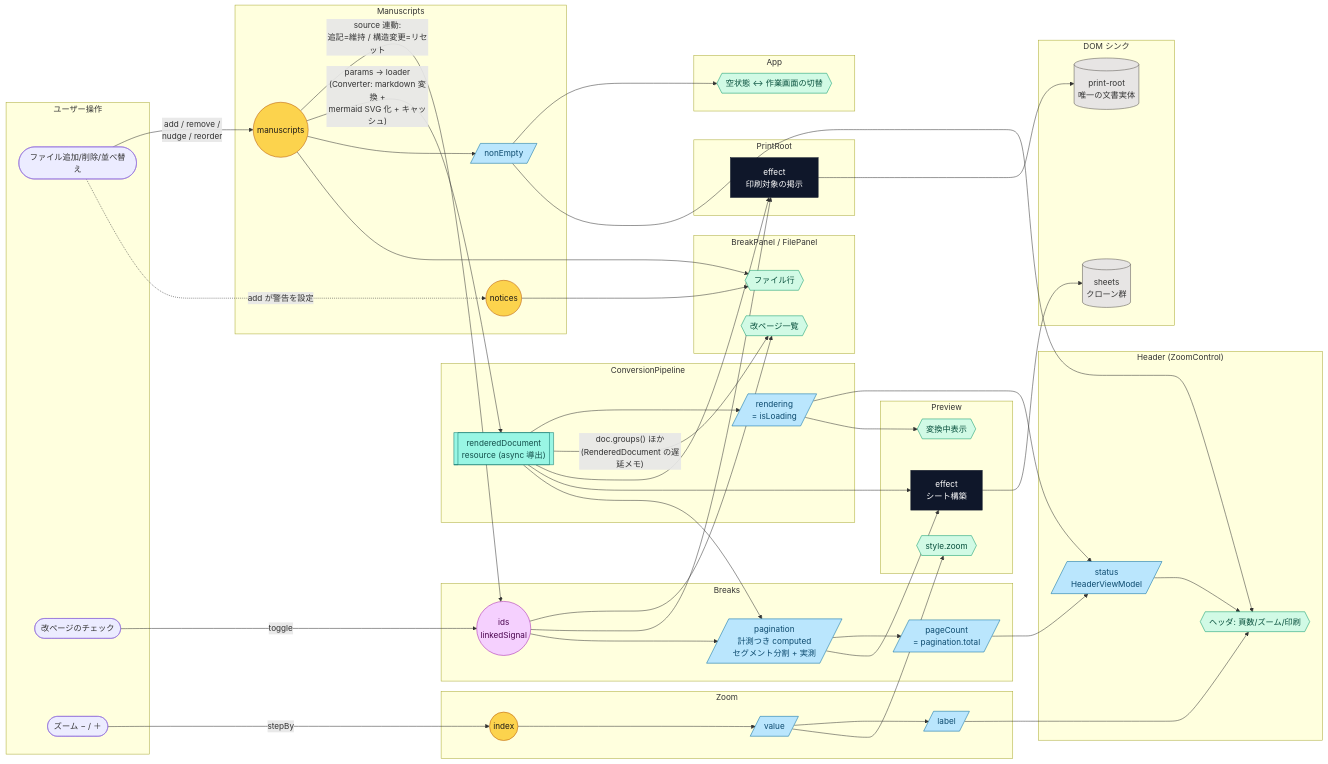
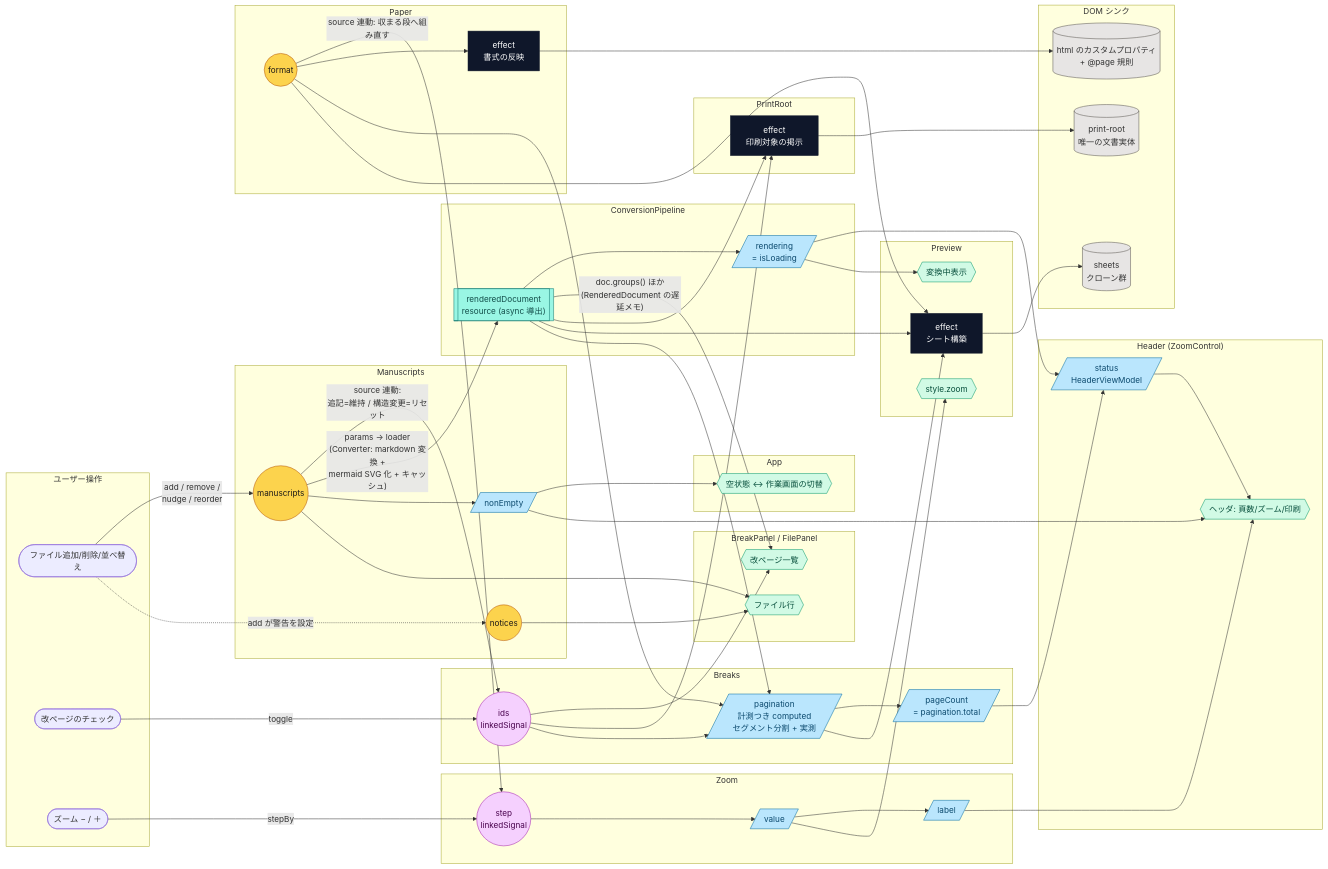
The diagram in docs/signal-graph.md (lacolaco/printmd), drawn with Mermaid before and after one commit. The commit also changed other lines of this file and 15 other files, not shown here.

````diff
--- a/docs/signal-graph.md
+++ b/docs/signal-graph.md
@@ -34,8 +37,13 @@
     S3[/rendering<br/>= isLoading/]
   end
 
+  subgraph PaperS["Paper"]
+    S6((format))
+    AE2[effect<br/>書式の反映]
+  end
+
   subgraph ZoomS["Zoom"]
-    V1((index))
+    V1((step<br/>linkedSignal))
     VC1[/value/]
     VC2[/label/]
   end
@@ -67,12 +75,18 @@
   subgraph DOM["DOM シンク"]
     D1[(print-root<br/>唯一の文書実体)]
     D2[(sheets<br/>クローン群)]
+    D3[(html のカスタムプロパティ<br/>+ @page 規則)]
   end
 
   A1 -- "add / remove /<br/>nudge / reorder" --> S1
   S1 -- "source 連動:<br/>追記=維持 / 構造変更=リセット" --> S2
   A2 -- toggle --> S2
   A3 -- stepBy --> V1
+  S6 -- "source 連動: 収まる段へ組み直す" --> V1
+  S6 --> AE2
+  AE2 --> D3
+  S6 --> V3
+  S6 --> PE1
 
   S1 -- "params → loader<br/>(Converter: markdown 変換 +<br/>mermaid SVG 化 + キャッシュ)" --> S4
   S4 --> S3
@@ -114,12 +128,12 @@
   classDef dom fill:#e7e5e4,stroke:#57534e
   classDef res fill:#99f6e4,stroke:#0f766e,color:#134e4a
   classDef linked fill:#f5d0fe,stroke:#a21caf,color:#4a044e
-  class S1,S5,V1 sig
+  class S1,S5,S6 sig
   class S4 res
 
-  class S2 linked
+  class S2,V1 linked
   class C1,S3,VC1,VC2,HC1,V2,V3 comp
-  class AE1,PE1 eff
+  class AE1,AE2,PE1 eff
   class T1,T2,T3,T4,T5,T6 tmpl
-  class D1,D2 dom
+  class D1,D2,D3 dom
 ```
````
